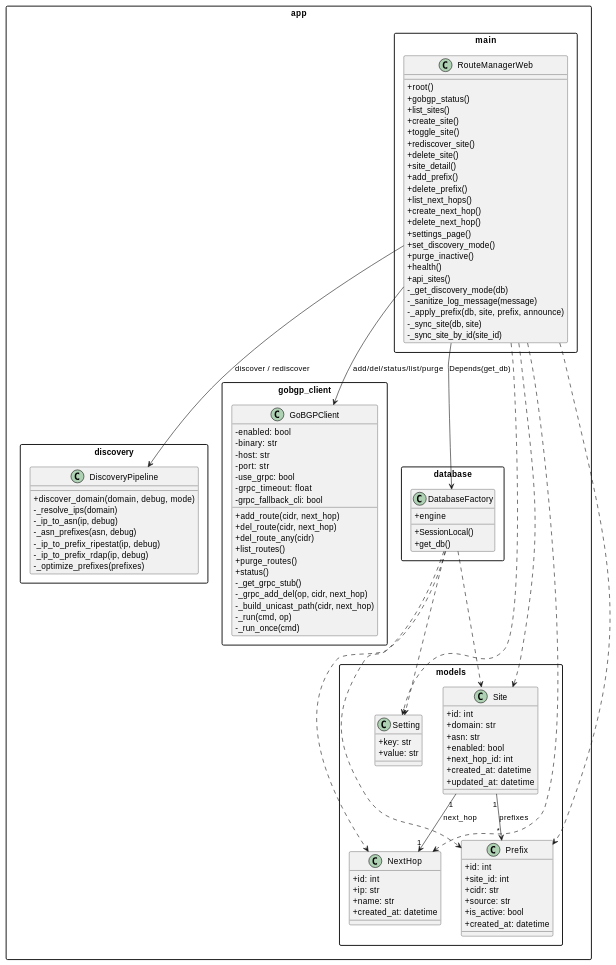
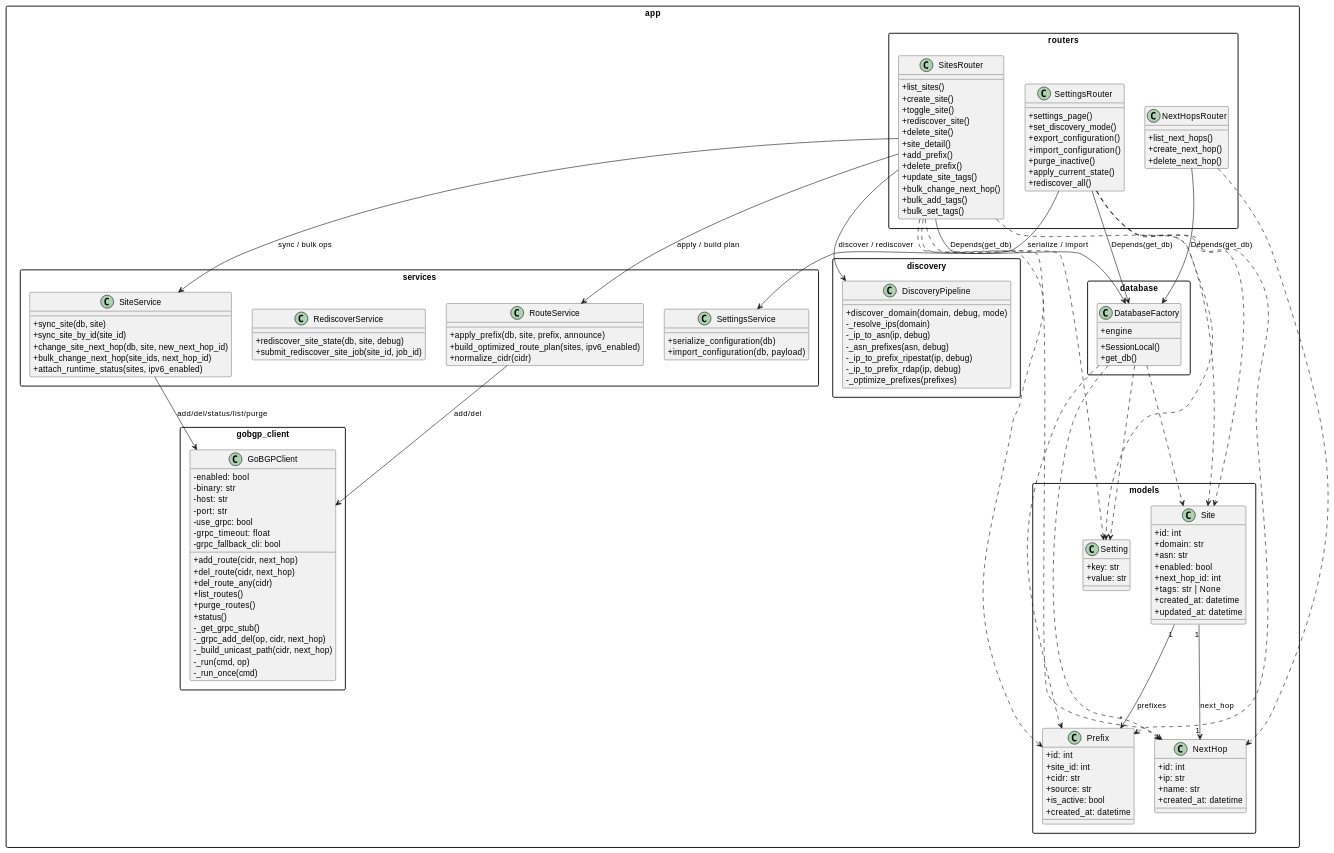
Before and after one commit to brainode/goBGP-Route-Manager: the diagram in ARCHITECTURE.md, drawn with PlantUML. The commit also changed other lines of this file and 11 other files, not shown here.

````diff
--- a/ARCHITECTURE.md
+++ b/ARCHITECTURE.md
@@ -18,10 +19,8 @@
 skinparam classAttributeIconSize 0
 skinparam packageStyle rectangle
 
-package "app.main" {
-  class RouteManagerWeb {
-    +root()
-    +gobgp_status()
+package "app.routers" {
+  class SitesRouter {
     +list_sites()
     +create_site()
     +toggle_site()
@@ -30,19 +29,52 @@
     +site_detail()
     +add_prefix()
     +delete_prefix()
+    +update_site_tags()
+    +bulk_change_next_hop()
+    +bulk_add_tags()
+    +bulk_set_tags()
+  }
+
+  class NextHopsRouter {
     +list_next_hops()
     +create_next_hop()
     +delete_next_hop()
+  }
+
+  class SettingsRouter {
     +settings_page()
     +set_discovery_mode()
+    +export_configuration()
+    +import_configuration()
     +purge_inactive()
-    +health()
-    +api_sites()
-    -_get_discovery_mode(db)
-    -_sanitize_log_message(message)
-    -_apply_prefix(db, site, prefix, announce)
-    -_sync_site(db, site)
-    -_sync_site_by_id(site_id)
+    +apply_current_state()
+    +rediscover_all()
+  }
+}
+
+package "app.services" {
+  class SiteService {
+    +sync_site(db, site)
+    +sync_site_by_id(site_id)
+    +change_site_next_hop(db, site, new_next_hop_id)
+    +bulk_change_next_hop(site_ids, next_hop_id)
+    +attach_runtime_status(sites, ipv6_enabled)
+  }
+
+  class RouteService {
+    +apply_prefix(db, site, prefix, announce)
+    +build_optimized_route_plan(sites, ipv6_enabled)
+    +normalize_cidr(cidr)
+  }
+
+  class RediscoverService {
+    +rediscover_site_state(db, site, debug)
+    +submit_rediscover_site_job(site_id, job_id)
+  }
+
+  class SettingsService {
+    +serialize_configuration(db)
+    +import_configuration(db, payload)
   }
 }
 
@@ -96,6 +128,7 @@
     +asn: str
     +enabled: bool
     +next_hop_id: int
+    +tags: str | None
     +created_at: datetime
     +updated_at: datetime
   }
@@ -122,9 +155,15 @@
   }
 }
 
-RouteManagerWeb --> DatabaseFactory : Depends(get_db)
-RouteManagerWeb --> DiscoveryPipeline : discover / rediscover
-RouteManagerWeb --> GoBGPClient : add/del/status/list/purge
+SitesRouter --> DatabaseFactory : Depends(get_db)
+SitesRouter --> SiteService : sync / bulk ops
+SitesRouter --> RouteService : apply / build plan
+SitesRouter --> DiscoveryPipeline : discover / rediscover
+NextHopsRouter --> DatabaseFactory : Depends(get_db)
+SettingsRouter --> DatabaseFactory : Depends(get_db)
+SettingsRouter --> SettingsService : serialize / import
+SiteService --> GoBGPClient : add/del/status/list/purge
+RouteService --> GoBGPClient : add/del
 
 Site "1" --> "1" NextHop : next_hop
 Site "1" --> "*" Prefix : prefixes
@@ -133,9 +172,13 @@
 DatabaseFactory ..> NextHop
 DatabaseFactory ..> Prefix
 DatabaseFactory ..> Setting
-RouteManagerWeb ..> Site
-RouteManagerWeb ..> NextHop
-RouteManagerWeb ..> Prefix
-RouteManagerWeb ..> Setting
+SitesRouter ..> Site
+SitesRouter ..> NextHop
+SitesRouter ..> Prefix
+SitesRouter ..> Setting
+NextHopsRouter ..> NextHop
+SettingsRouter ..> Site
+SettingsRouter ..> Prefix
+SettingsRouter ..> Setting
 @enduml
 ```
````
